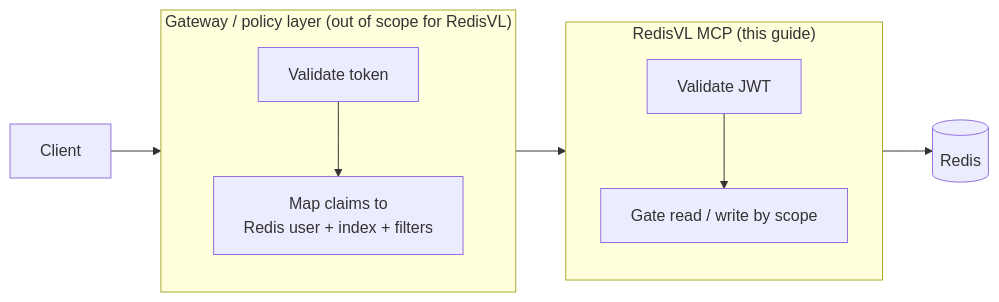
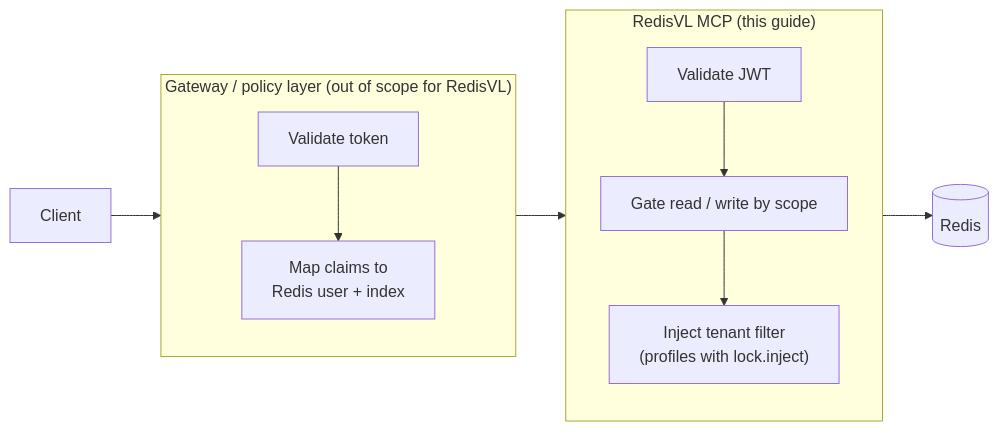
Before and after one commit to redis/redis-vl-python: the fourth of 4 diagrams in docs/user_guide/how_to_guides/mcp_authentication.md, drawn with Mermaid. The commit also changed other lines of this file and 10 other files, not shown here.

````diff
--- a/docs/user_guide/how_to_guides/mcp_authentication.md
+++ b/docs/user_guide/how_to_guides/mcp_authentication.md
@@ -196,10 +191,10 @@
 ```mermaid
 flowchart LR
     subgraph Gateway["Gateway / policy layer (out of scope for RedisVL)"]
-        T[Validate token] --> M["Map claims to<br/>Redis user + index + filters"]
+        T[Validate token] --> M["Map claims to<br/>Redis user + index"]
     end
     subgraph RedisVL["RedisVL MCP (this guide)"]
-        A[Validate JWT] --> S[Gate read / write by scope]
+        A[Validate JWT] --> S[Gate read / write by scope] --> I["Inject tenant filter<br/>(profiles with lock.inject)"]
     end
     Client --> Gateway --> RedisVL --> Redis[(Redis)]
 ```
````
